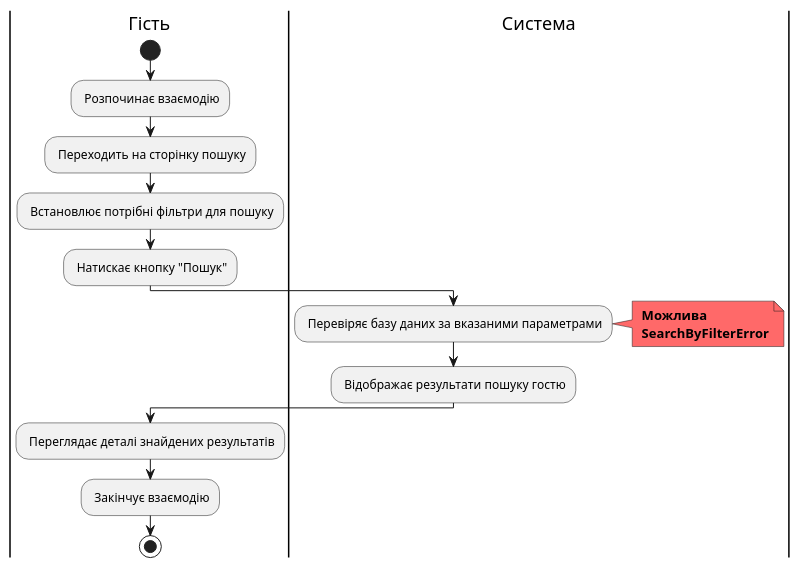
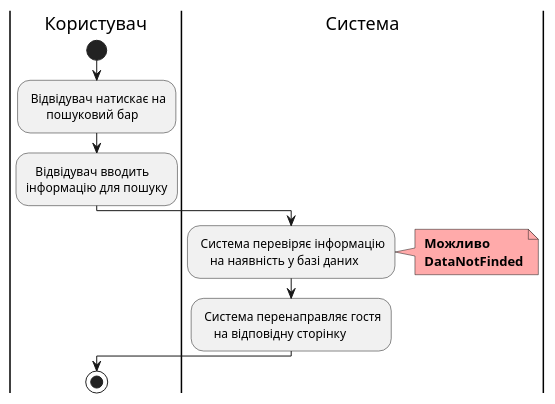
The diagram in docs/use cases/puml/use-case-05.puml (dimatortik/db-course-theme2), drawn with PlantUML before and after one commit. The commit also changed 4 other files, not shown here.

```diff
--- a/docs/use cases/puml/use-case-05.puml
+++ b/docs/use cases/puml/use-case-05.puml
@@ -8,25 +8,21 @@
 @startuml
+    |Користувач|
+        start
+        : Відвідувач натискає на
+              пошуковий бар;
+        :   Відвідувач вводить
+        інформацію для пошуку;
+    |Система|
+        : Система перевіряє інформацію 
+            на наявність у базі даних;
+        note right #ffaaaa
+        <b> Можливо
+        <b> DataNotFinded
+        end note
+        : Система перенаправляє гостя 
+            на відповідну сторінку;
 
-    |Гість|
-    start;
-    : Розпочинає взаємодію;
-    : Переходить на сторінку пошуку;
-    : Встановлює потрібні фільтри для пошуку;
-    : Натискає кнопку "Пошук";
-
-
-    |Система|
-    : Перевіряє базу даних за вказаними параметрами;
-
-    note right #FF6969
-    <b> Можлива
-    <b> SearchByFilterError
-    end note
-    : Відображає результати пошуку гостю;
-
-    |Гість|
-    : Переглядає деталі знайдених результатів;
-    : Закінчує взаємодію;
-    stop;
+    |Користувач|
+        stop;
 
 @enduml
```
